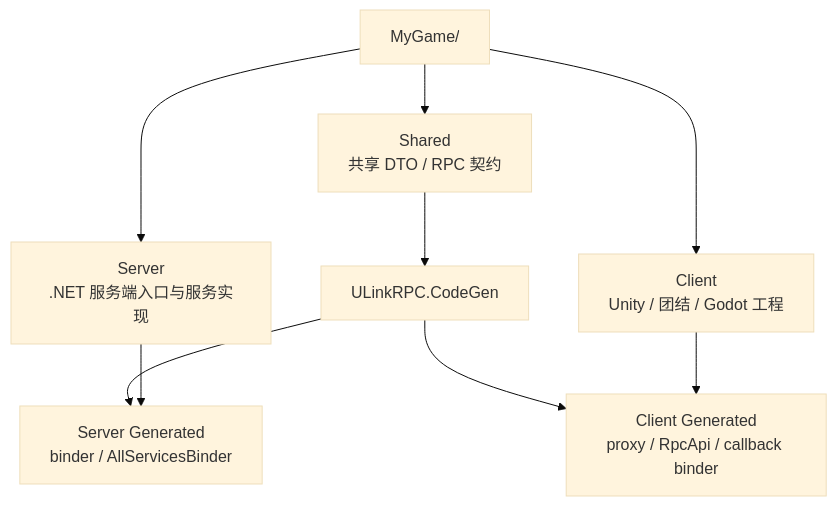
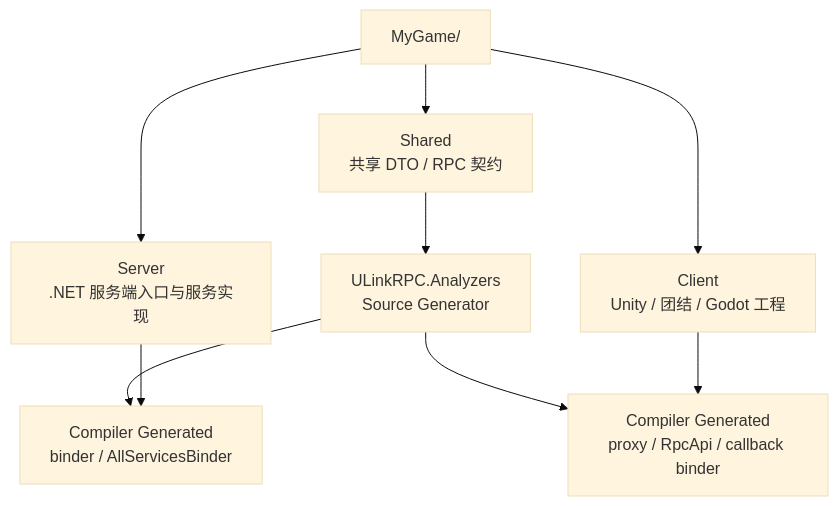
The first of 2 diagrams in blog/content/posts/ulinkrpc-getting-started.md (bruce48x/ULinkRPC), drawn with Mermaid (base theme) before and after one commit. The commit also changed other lines of this file and 23 other files, not shown here.

Commit message:
Switch starter codegen to source generator route

````diff
--- a/blog/content/posts/ulinkrpc-getting-started.md
+++ b/blog/content/posts/ulinkrpc-getting-started.md
@@ -93,12 +93,12 @@
 ```mermaid
 flowchart TB
     Root["MyGame/"] --> Shared["Shared<br/>共享 DTO / RPC 契约"]
     Root --> Server["Server<br/>.NET 服务端入口与服务实现"]
     Root --> Client["Client<br/>Unity / 团结 / Godot 工程"]
 
-    Shared --> CodeGen["ULinkRPC.CodeGen"]
-    CodeGen --> ServerGenerated["Server Generated<br/>binder / AllServicesBinder"]
-    CodeGen --> ClientGenerated["Client Generated<br/>proxy / RpcApi / callback binder"]
+    Shared --> SourceGen["ULinkRPC.Analyzers<br/>Source Generator"]
+    SourceGen --> ServerGenerated["Compiler Generated<br/>binder / AllServicesBinder"]
+    SourceGen --> ClientGenerated["Compiler Generated<br/>proxy / RpcApi / callback binder"]
     Server --> ServerGenerated
     Client --> ClientGenerated
 ```
````
